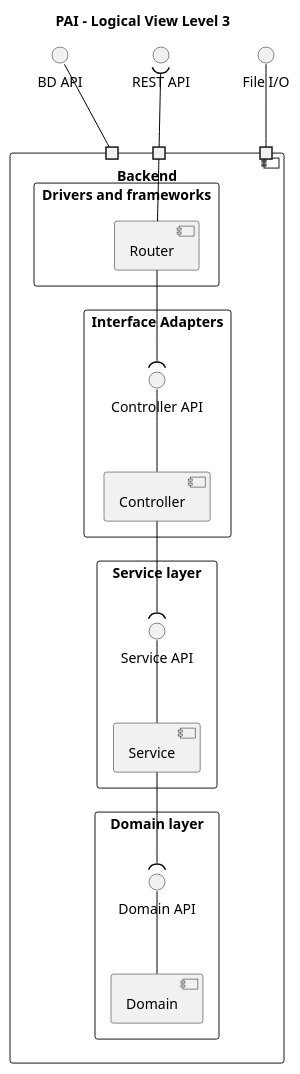
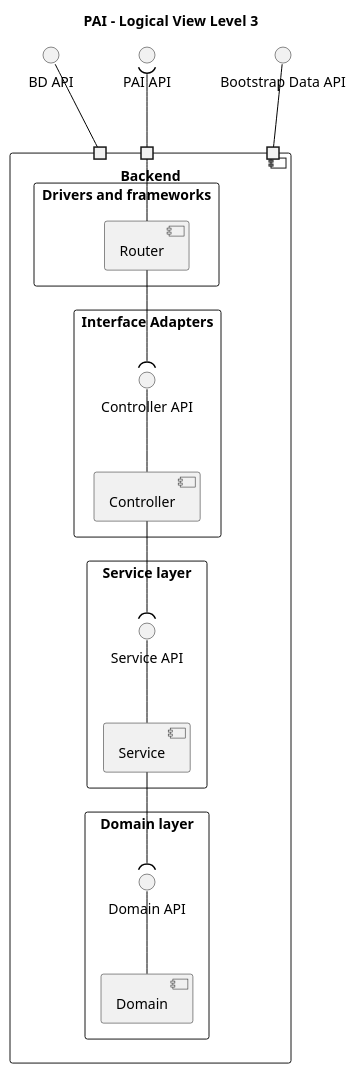
One commit to GasparISEP/DevOps-PAI changed the diagram in docs/Sprint_6/LogicalView/Level3.puml. Above: the diagram before and after it, drawn with PlantUML. The commit also changed 1 other file, not shown here.

Commit message:
refactor (diagrams): refactor Level 3 Logic View and Implementation View diagrams  with minor adjustments #675 #713

```diff
--- a/docs/Sprint_6/LogicalView/Level3.puml
+++ b/docs/Sprint_6/LogicalView/Level3.puml
@@ -1,56 +1,56 @@
 @startuml
 
 skinparam componentStyle component
 skinparam ArrowColor black
 skinparam defaultTextAlignment center
 
 title "PAI - Logical View Level 3"
 
-  interface "REST API" as RESTAPI
-  interface "File I/O" as FileIO
+  interface "PAI API" as RESTAPI
+  interface "Bootstrap Data API" as FileIO
   interface "BD API" as BDAPI
 
 component "Backend" {
     portin " " as p1
     portin " " as p3
     portin " " as p2
 
   rectangle "Drivers and frameworks" {
 
     component "Router"
 
     Router -up- p1
   }
 
   rectangle "Interface Adapters" {
     component Controller
     interface "Controller API" as IController
 
     Controller -up- IController
   }
 
   rectangle "Service layer" {
     component Service
     interface "Service API" as IService
 
     Service -up- IService
   }
 
   rectangle "Domain layer" {
     component Domain
     interface "Domain API" as IDomain
 
     Domain -up- IDomain
   }
 
   p1 -up-( RESTAPI
   p2 -up- FileIO
   p3 -up- BDAPI
 
   Router -down-( IController
 
   Controller -down-( IService
   Service -down-( IDomain
 }
 
 @enduml
```
